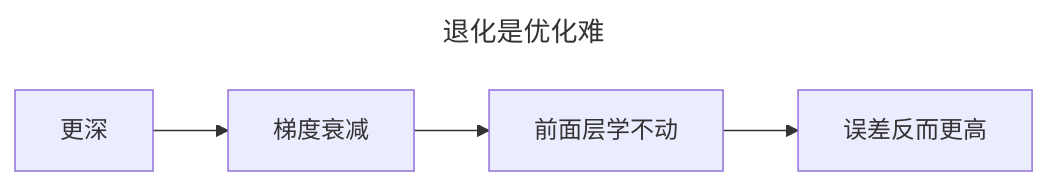
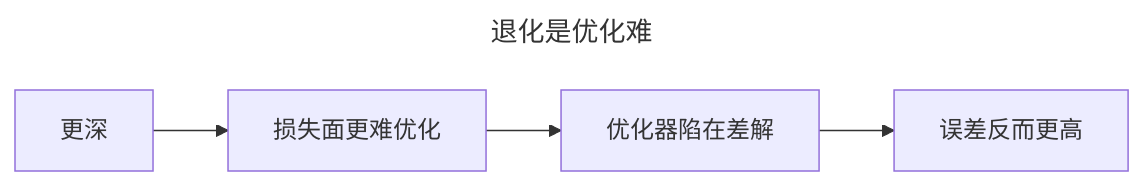
The first of 4 diagrams in docs/articles/13-resnet.md (Joneyao/dl-from-scratch), drawn with Mermaid before and after one commit. The commit also changed other lines of this file and 14 other files, not shown here.

````diff
--- a/docs/articles/13-resnet.md
+++ b/docs/articles/13-resnet.md
@@ -20,9 +20,9 @@
 ```mermaid
 ---
 title: 退化是优化难
 ---
 flowchart LR
-    A[更深] --> B[梯度衰减]
-    B --> C[前面层学不动]
+    A[更深] --> B[损失面更难优化]
+    B --> C[优化器陷在差解]
     C --> D[误差反而更高]
 ```
````
